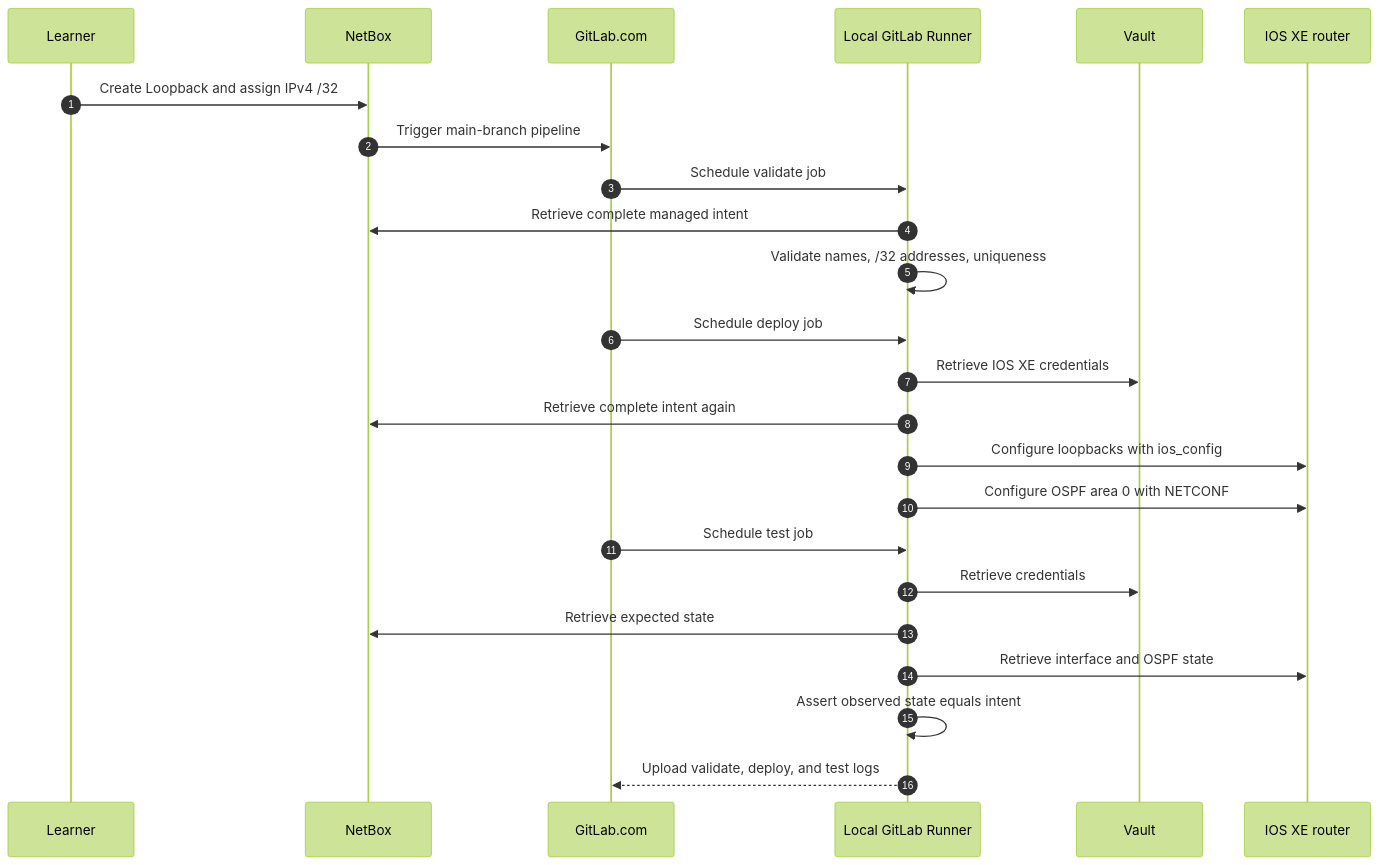
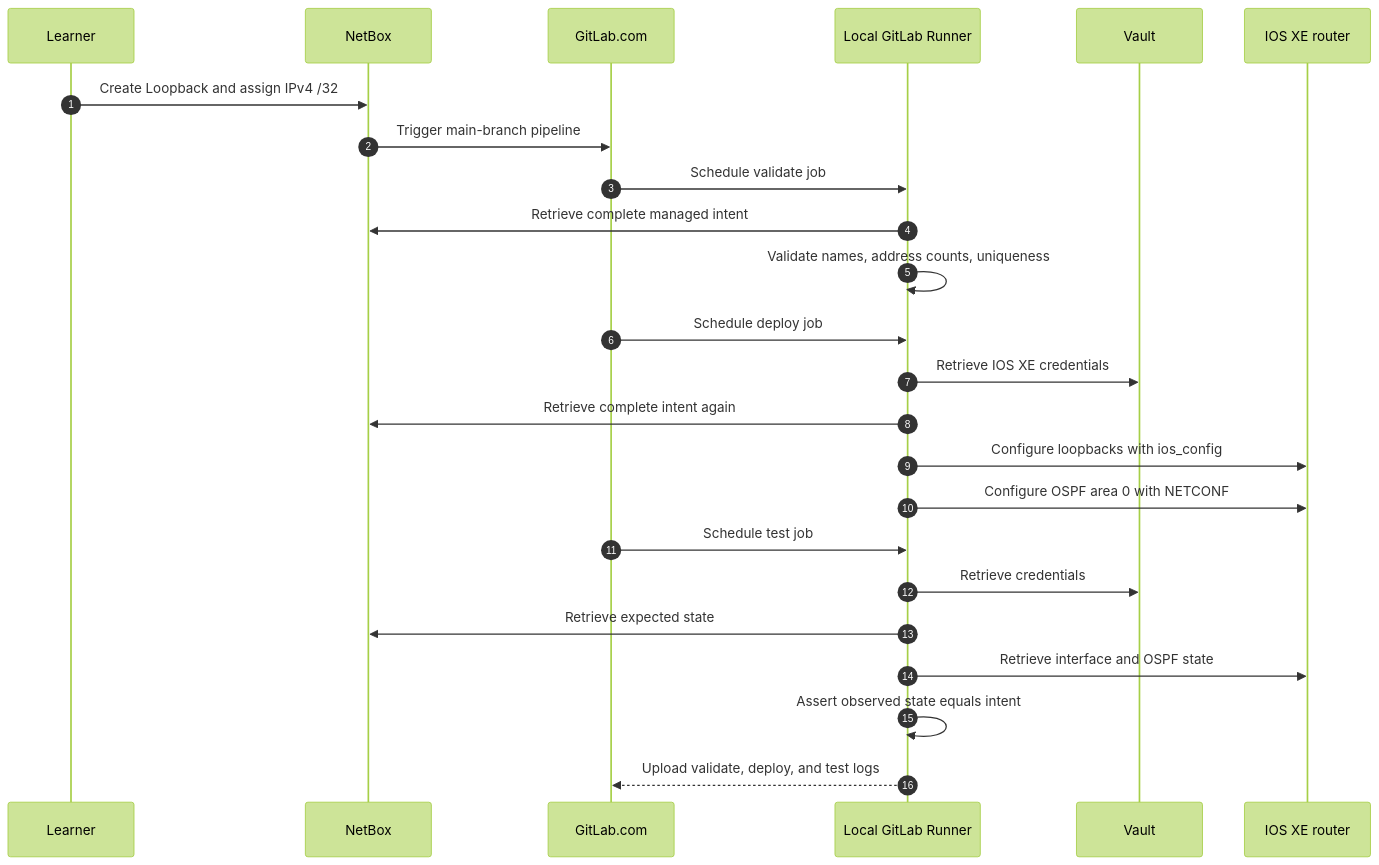
Before and after one commit to tanthanh85/CCNPAUTO: the second of 3 diagrams in LAB/Lab8/Lab8.md, drawn with Mermaid (forest theme). The commit also changed other lines of this file and 1 other file, not shown here.

````diff
--- a/LAB/Lab8/Lab8.md
+++ b/LAB/Lab8/Lab8.md
@@ -61,27 +61,27 @@
 ```mermaid
 sequenceDiagram
     autonumber
     participant L as Learner
     participant N as NetBox
     participant G as GitLab.com
     participant R as Local GitLab Runner
     participant V as Vault
     participant X as IOS XE router
 
     L->>N: Create Loopback and assign IPv4 /32
     N->>G: Trigger main-branch pipeline
     G->>R: Schedule validate job
     R->>N: Retrieve complete managed intent
-    R->>R: Validate names, /32 addresses, uniqueness
+    R->>R: Validate names, address counts, uniqueness
     G->>R: Schedule deploy job
     R->>V: Retrieve IOS XE credentials
     R->>N: Retrieve complete intent again
     R->>X: Configure loopbacks with ios_config
     R->>X: Configure OSPF area 0 with NETCONF
     G->>R: Schedule test job
     R->>V: Retrieve credentials
     R->>N: Retrieve expected state
     R->>X: Retrieve interface and OSPF state
     R->>R: Assert observed state equals intent
     R-->>G: Upload validate, deploy, and test logs
 ```
````
